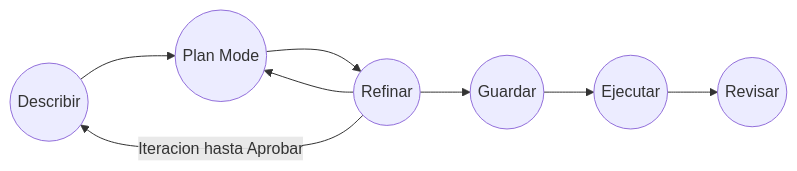
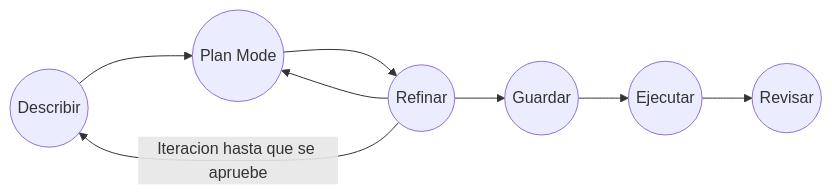
Before and after one commit to sramire3000/documentacion: the diagram in OpenCode/SpecDrivenDevelopment.md, drawn with Mermaid.

Commit message:
Fix typo in SpecDrivenDevelopment.md diagram

````diff
--- a/OpenCode/SpecDrivenDevelopment.md
+++ b/OpenCode/SpecDrivenDevelopment.md
@@ -4,10 +4,10 @@
 ```mermaid
 graph LR
 A((Describir)) --> B((Plan Mode))
 B --> C((Refinar))
-C -- Iteracion hasta Aprobar--> A
+C -- Iteracion hasta que se apruebe --> A
 C --> B
 C --> D((Guardar))
 D --> E((Ejecutar))
 E --> F((Revisar))
 ```
````
